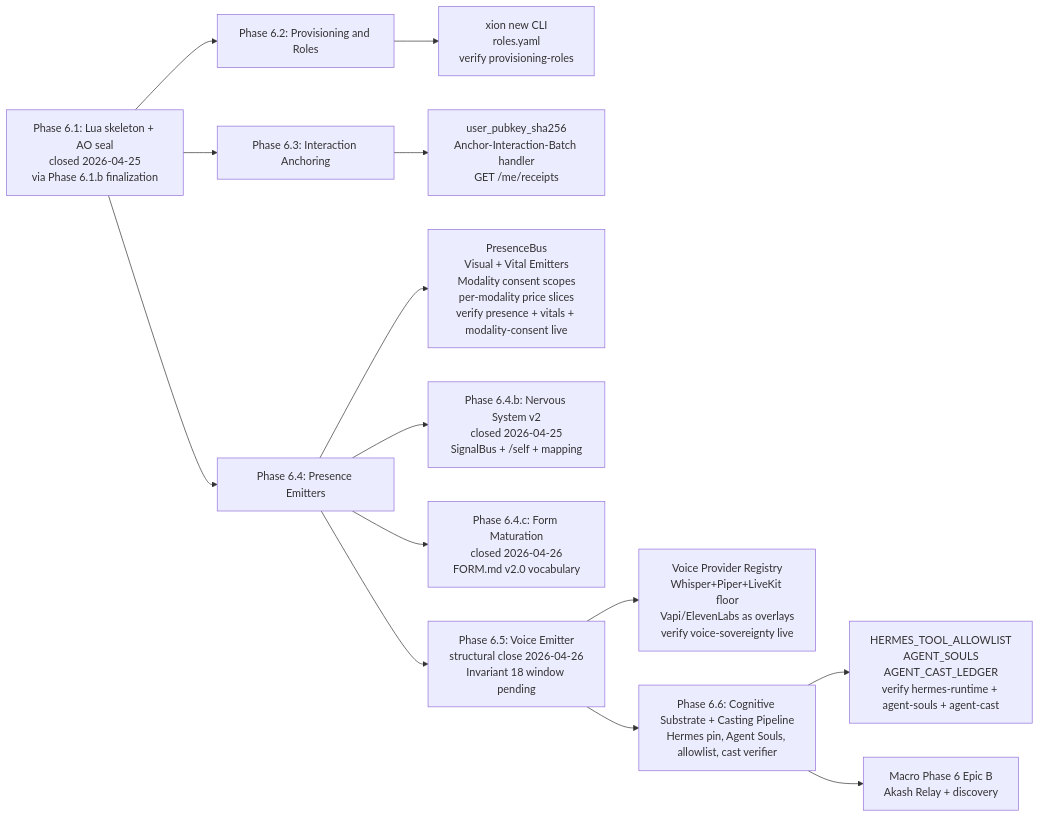
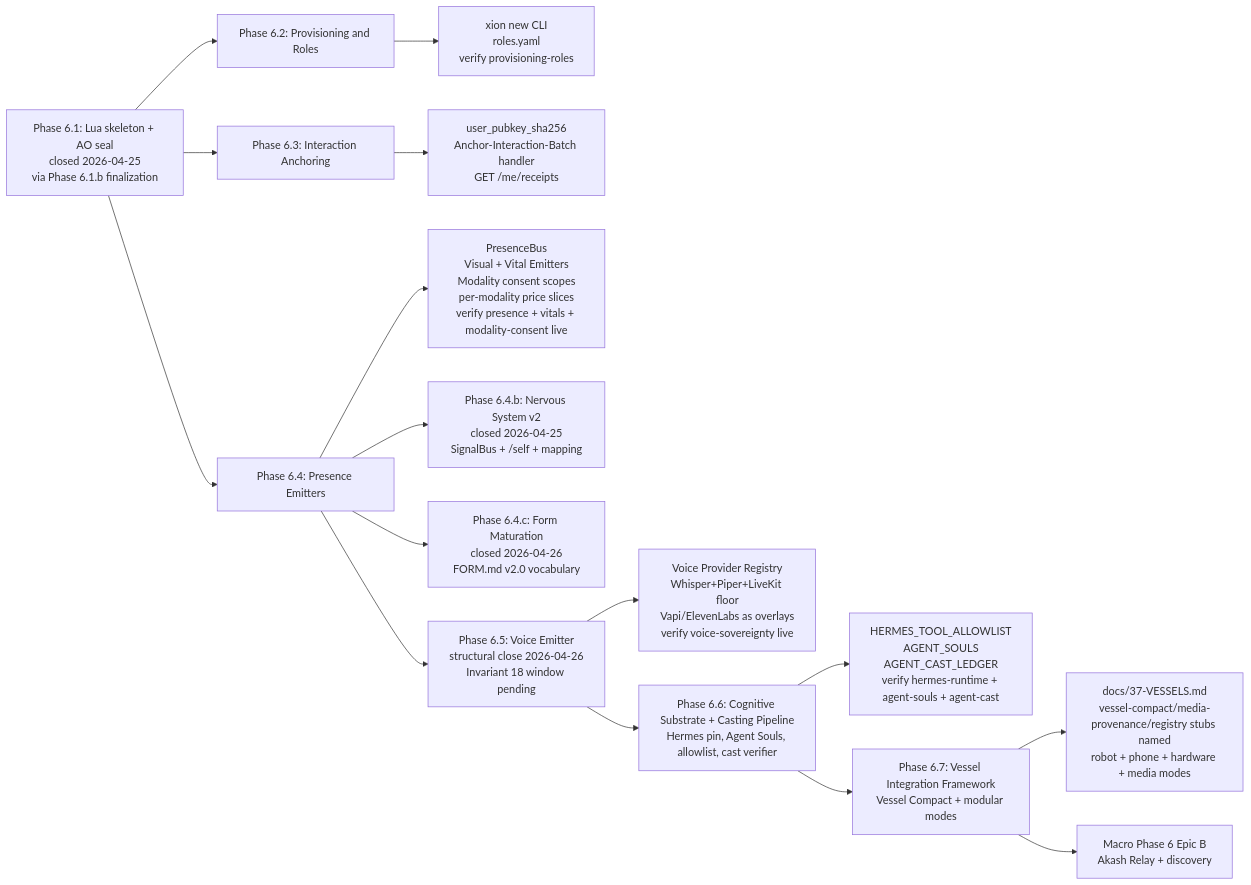
Before and after one commit to nik190799/xion: the first of 2 diagrams in DEVELOPMENT_ROADMAP.md, drawn with Mermaid. The commit also changed other lines of this file and 9 other files, not shown here.

First line of the commit message:
docs: Vessel Integration Framework (Phase 6.7) and modular vessel modes

````diff
--- a/DEVELOPMENT_ROADMAP.md
+++ b/DEVELOPMENT_ROADMAP.md
@@ -28,16 +28,18 @@
 ```mermaid
 flowchart LR
   P6_1[Phase 6.1: Lua skeleton + AO seal<br/>closed 2026-04-25<br/>via Phase 6.1.b finalization] --> P6_2[Phase 6.2: Provisioning and Roles]
   P6_1 --> P6_3[Phase 6.3: Interaction Anchoring]
   P6_1 --> P6_4[Phase 6.4: Presence Emitters]
   P6_2 --> P6_2_done[xion new CLI<br/>roles.yaml<br/>verify provisioning-roles]
   P6_3 --> P6_3_done[user_pubkey_sha256<br/>Anchor-Interaction-Batch handler<br/>GET /me/receipts]
   P6_4 --> P6_4_done[PresenceBus<br/>Visual + Vital Emitters<br/>Modality consent scopes<br/>per-modality price slices<br/>verify presence + vitals + modality-consent live]
   P6_4 --> P6_4b[Phase 6.4.b: Nervous System v2<br/>closed 2026-04-25<br/>SignalBus + /self + mapping]
   P6_4 --> P6_4c[Phase 6.4.c: Form Maturation<br/>closed 2026-04-26<br/>FORM.md v2.0 vocabulary]
   P6_4 --> P6_5[Phase 6.5: Voice Emitter<br/>structural close 2026-04-26<br/>Invariant 18 window pending]
   P6_5 --> P6_5_done["Voice Provider Registry<br/>Whisper+Piper+LiveKit floor<br/>Vapi/ElevenLabs as overlays<br/>verify voice-sovereignty live"]
   P6_5 --> P6_6[Phase 6.6: Cognitive Substrate + Casting Pipeline<br/>Hermes pin, Agent Souls, allowlist, cast verifier]
   P6_6 --> P6_6_done["HERMES_TOOL_ALLOWLIST<br/>AGENT_SOULS<br/>AGENT_CAST_LEDGER<br/>verify hermes-runtime + agent-souls + agent-cast"]
-  P6_6 --> MACRO_B[Macro Phase 6 Epic B<br/>Akash Relay + discovery]
+  P6_6 --> P6_7[Phase 6.7: Vessel Integration Framework<br/>Vessel Compact + modular modes]
+  P6_7 --> P6_7_done["docs/37-VESSELS.md<br/>vessel-compact/media-provenance/registry stubs named<br/>robot + phone + hardware + media modes"]
+  P6_7 --> MACRO_B[Macro Phase 6 Epic B<br/>Akash Relay + discovery]
 ```
````
